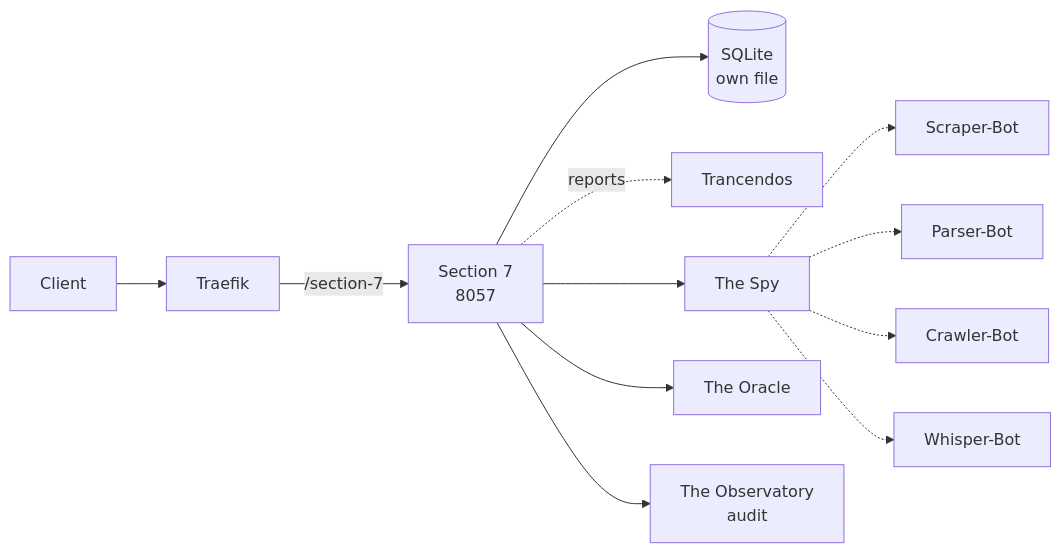
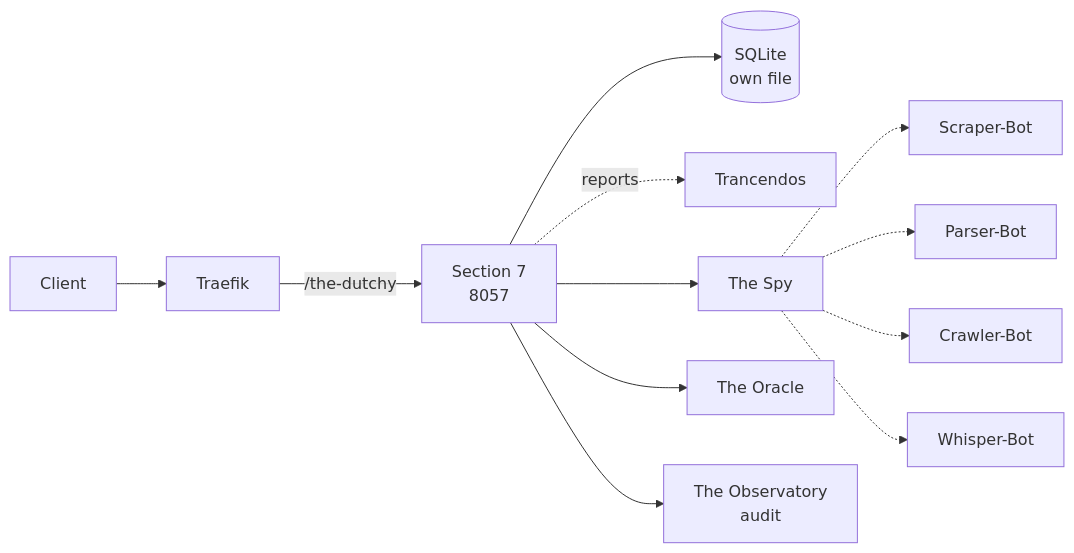
The diagram in docs/solution-packs/section-7.md (Trancendos/Tranc3), drawn with Mermaid before and after one commit. The commit also changed other lines of this file and 64 other files, not shown here.

````diff
--- a/docs/solution-packs/section-7.md
+++ b/docs/solution-packs/section-7.md
@@ -75,14 +75,14 @@
 ```mermaid
 flowchart LR
     C[Client] --> T[Traefik]
-    T -->|/section-7| S[Section 7<br/>8057]
+    T -->|/the-dutchy| S[Section 7<br/>8057]
     S --> DB[(SQLite<br/>own file)]
     S -.reports.-> P[Trancendos]
     S --> AA[The Spy]
     S --> AB[The Oracle]
     AA -.-> ScraperBot[Scraper-Bot]
     AA -.-> ParserBot[Parser-Bot]
     AA -.-> CrawlerBot[Crawler-Bot]
     AA -.-> WhisperBot[Whisper-Bot]
     S --> OBS[The Observatory<br/>audit]
 ```
````
